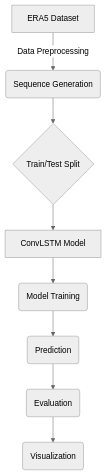
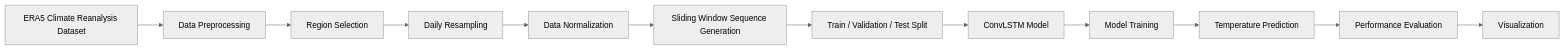
One commit to nidhidhameliya/Climate-Forecasting changed the diagram in README.md. Above: the diagram before and after it, drawn with Mermaid (neutral theme). The commit also changed other lines of this file, not shown here.

````diff
--- a/README.md
+++ b/README.md
@@ -39,10 +98,26 @@
 ```mermaid
-graph TD
-    A[ERA5 Dataset] -->|Data Preprocessing| B(Sequence Generation);
-    B --> C{Train/Test Split};
-    C --> D[ConvLSTM Model];
-    D --> E(Model Training);
-    E --> F(Prediction);
-    F --> G(Evaluation);
-    G --> H(Visualization);
+graph LR
+
+A[ERA5 Climate Reanalysis Dataset]
+--> B[Data Preprocessing]
+
+B --> C[Region Selection]
+
+C --> D[Daily Resampling]
+
+D --> E[Data Normalization]
+
+E --> F[Sliding Window Sequence Generation]
+
+F --> G[Train / Validation / Test Split]
+
+G --> H[ConvLSTM Model]
+
+H --> I[Model Training]
+
+I --> J[Temperature Prediction]
+
+J --> K[Performance Evaluation]
+
+K --> L[Visualization]
 ```
````
